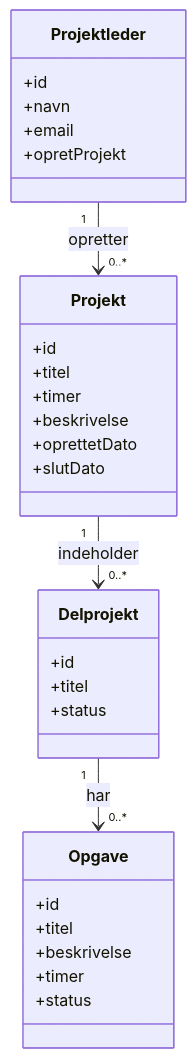
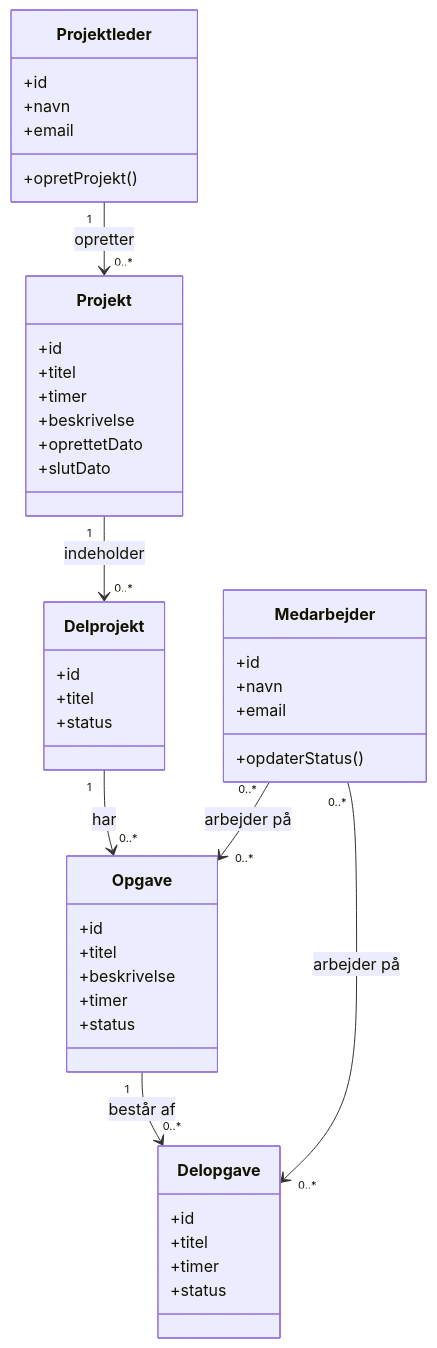
Before and after one commit to ek-f26b-gruppe5/smart-project-planner: the diagram in docs/diagrams/domain-diagram-2d.md, drawn with Mermaid.

Commit message:
Update domain-diagram-2d.md
Added Medarbejder and Delopgave.

````diff
--- a/docs/diagrams/domain-diagram-2d.md
+++ b/docs/diagrams/domain-diagram-2d.md
@@ -3,36 +3,53 @@
 ```mermaid
 classDiagram
     class Projektleder {
         +id
         +navn
         +email
-        +opretProjekt
+        +opretProjekt()
+    }
+
+    class Medarbejder {
+        +id
+        +navn
+        +email
+        +opdaterStatus()
     }
 
     class Projekt {
         +id
         +titel
         +timer
         +beskrivelse
         +oprettetDato
         +slutDato
     }
 
     class Delprojekt {
         +id
         +titel
         +status
     }
 
     class Opgave {
         +id
         +titel
         +beskrivelse
         +timer
         +status
     }
 
+    class Delopgave {
+        +id
+        +titel
+        +timer
+        +status
+    }
+
     Projektleder "1" --> "0..*" Projekt : opretter
     Projekt "1" --> "0..*" Delprojekt : indeholder
     Delprojekt "1" --> "0..*" Opgave : har
+    Opgave "1" --> "0..*" Delopgave : består af
+    Medarbejder "0..*" --> "0..*" Opgave : arbejder på
+    Medarbejder "0..*" --> "0..*" Delopgave : arbejder på
 ```
````
